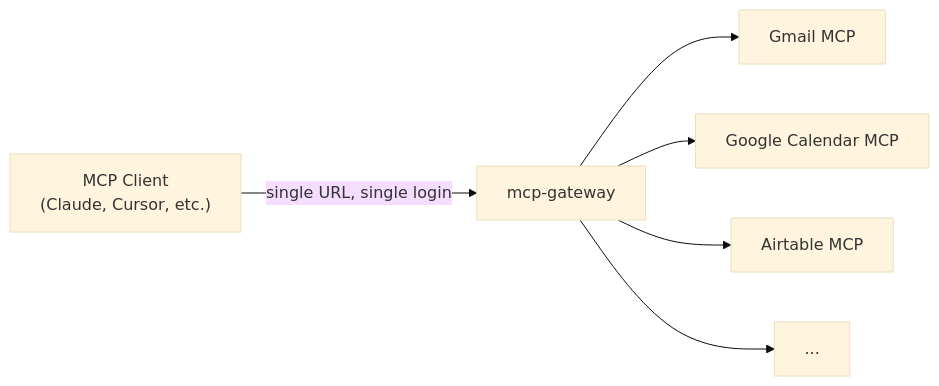
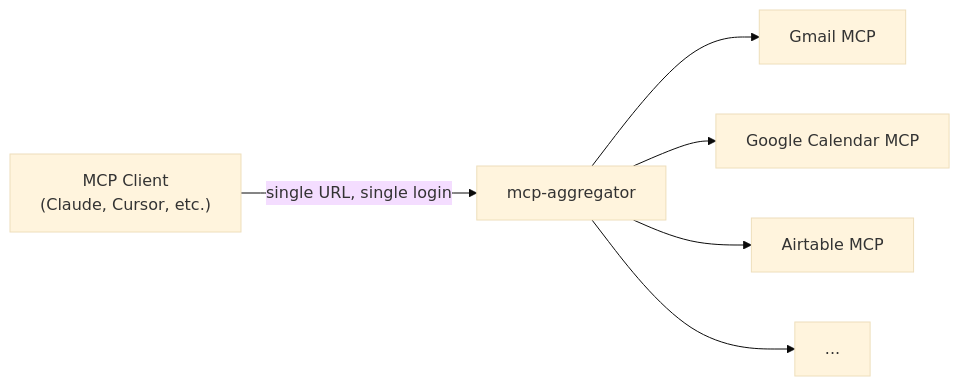
The diagram in README.md (domdomegg/mcp-aggregator), drawn with Mermaid (base theme) before and after one commit. The commit also changed other lines of this file and 7 other files, not shown here.

First line of the commit message:
Rename to mcp-aggregator

````diff
--- a/README.md
+++ b/README.md
@@ -9,8 +9,8 @@
 ```mermaid
 graph LR
-    A["MCP Client<br/>(Claude, Cursor, etc.)"] -->|single URL, single login| G["mcp-gateway"]
+    A["MCP Client<br/>(Claude, Cursor, etc.)"] -->|single URL, single login| G["mcp-aggregator"]
     G --> U1["Gmail MCP"]
     G --> U2["Google Calendar MCP"]
     G --> U3["Airtable MCP"]
     G --> U4["..."]
 ```
````
